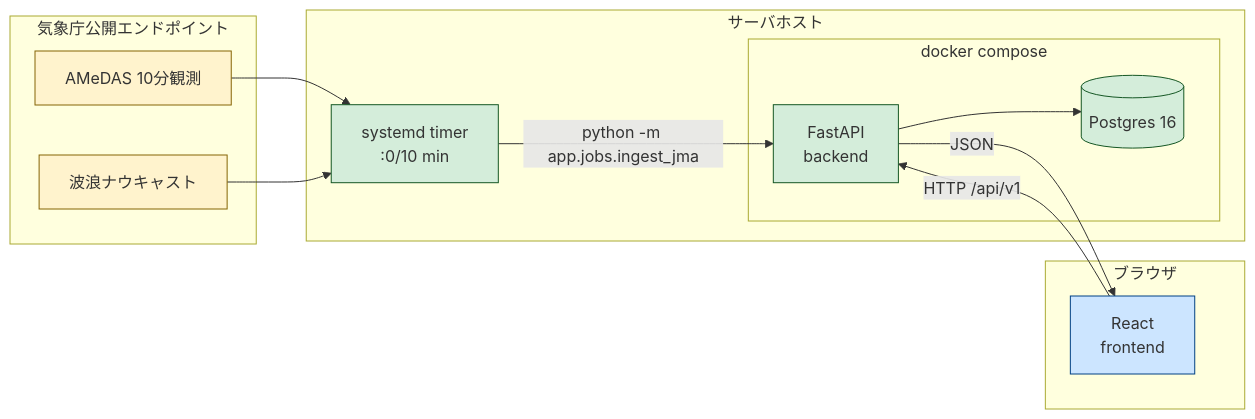
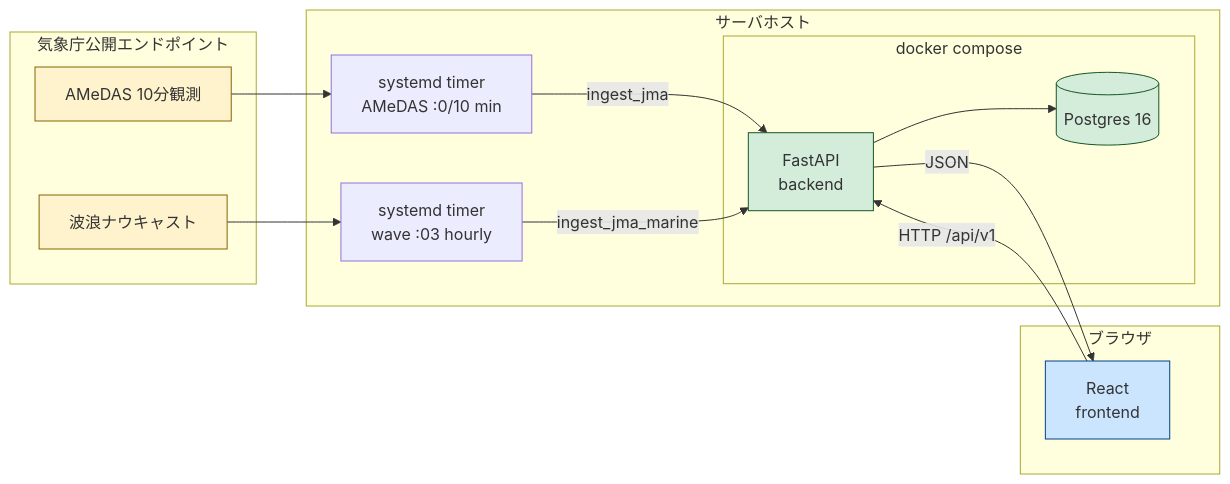
The diagram in README.md (Kensan196948G/wmcdss), drawn with Mermaid before and after one commit. The commit also changed other lines of this file and 8 other files, not shown here.

````diff
--- a/README.md
+++ b/README.md
@@ -29,33 +29,35 @@
 ```mermaid
 flowchart LR
   subgraph JMA[気象庁公開エンドポイント]
     A1[AMeDAS 10分観測]
     A2[波浪ナウキャスト]
   end
 
   subgraph Host[サーバホスト]
-    T[systemd timer<br/>:0/10 min]
+    T1[systemd timer<br/>AMeDAS :0/10 min]
+    T2[systemd timer<br/>wave :03 hourly]
     subgraph DC[docker compose]
       B[FastAPI<br/>backend]
       D[(Postgres 16)]
     end
   end
 
   subgraph Client[ブラウザ]
     F[React<br/>frontend]
   end
 
-  A1 --> T
-  A2 --> T
-  T -->|python -m app.jobs.ingest_jma| B
+  A1 --> T1
+  A2 --> T2
+  T1 -->|ingest_jma| B
+  T2 -->|ingest_jma_marine| B
   B --> D
   F -->|HTTP /api/v1| B
   B -->|JSON| F
 
   classDef ext fill:#fff3cd,stroke:#856404
   classDef svc fill:#d4edda,stroke:#155724
   classDef cli fill:#cce5ff,stroke:#004085
   class A1,A2 ext
   class B,D,T svc
   class F cli
 ```
````
